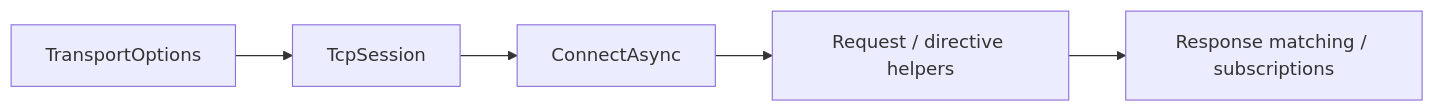
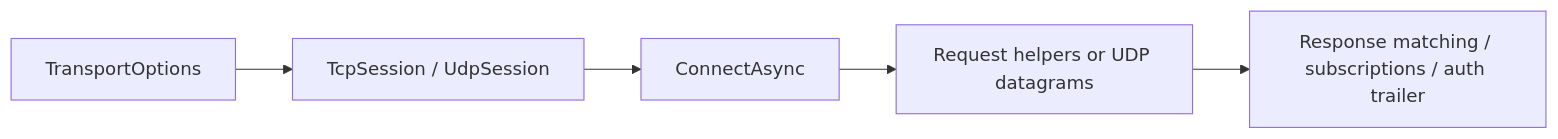
One commit to ppn-systems/nalix-docs changed the diagram in docs/packages/nalix-sdk.md. Above: the diagram before and after it, drawn with Mermaid. The commit also changed other lines of this file and 7 other files, not shown here.

First line of the commit message:
Update docs for UDP client/server support and auth trailer

````diff
--- a/docs/packages/nalix-sdk.md
+++ b/docs/packages/nalix-sdk.md
@@ -10,7 +10,7 @@
 ```mermaid
 flowchart LR
-    A["TransportOptions"] --> B["TcpSession"]
+    A["TransportOptions"] --> B["TcpSession / UdpSession"]
     B --> C["ConnectAsync"]
-    C --> D["Request / directive helpers"]
-    D --> E["Response matching / subscriptions"]
+    C --> D["Request helpers or UDP datagrams"]
+    D --> E["Response matching / subscriptions / auth trailer"]
 ```
````
